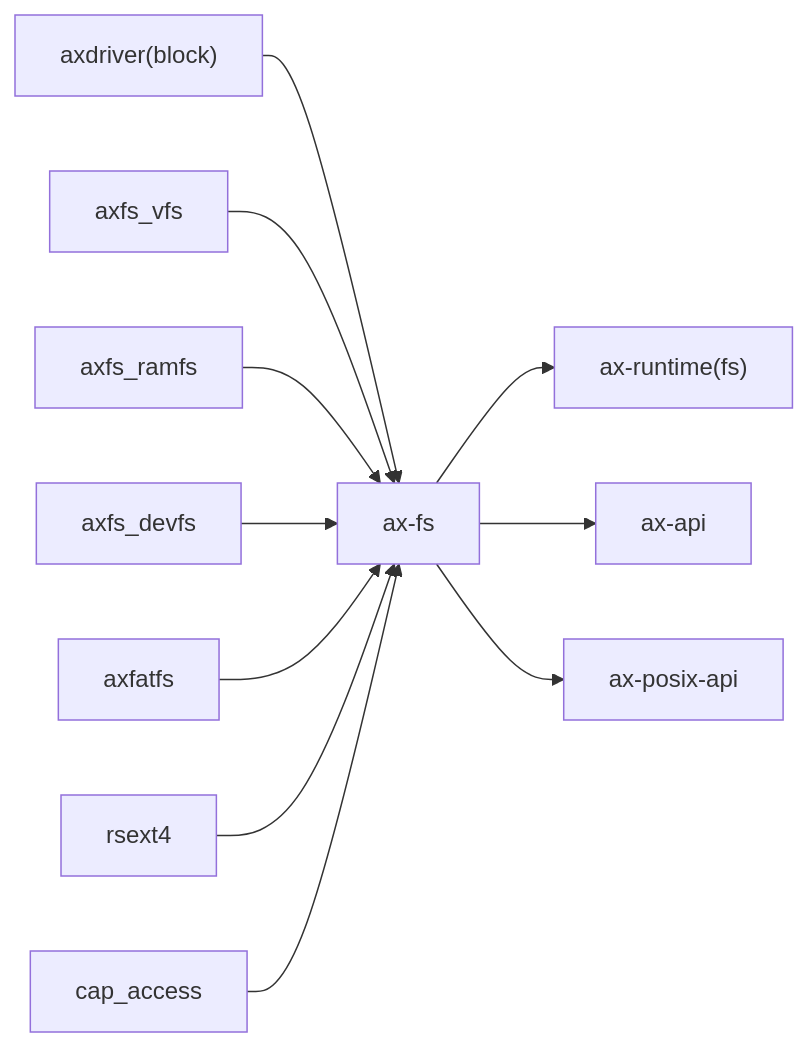
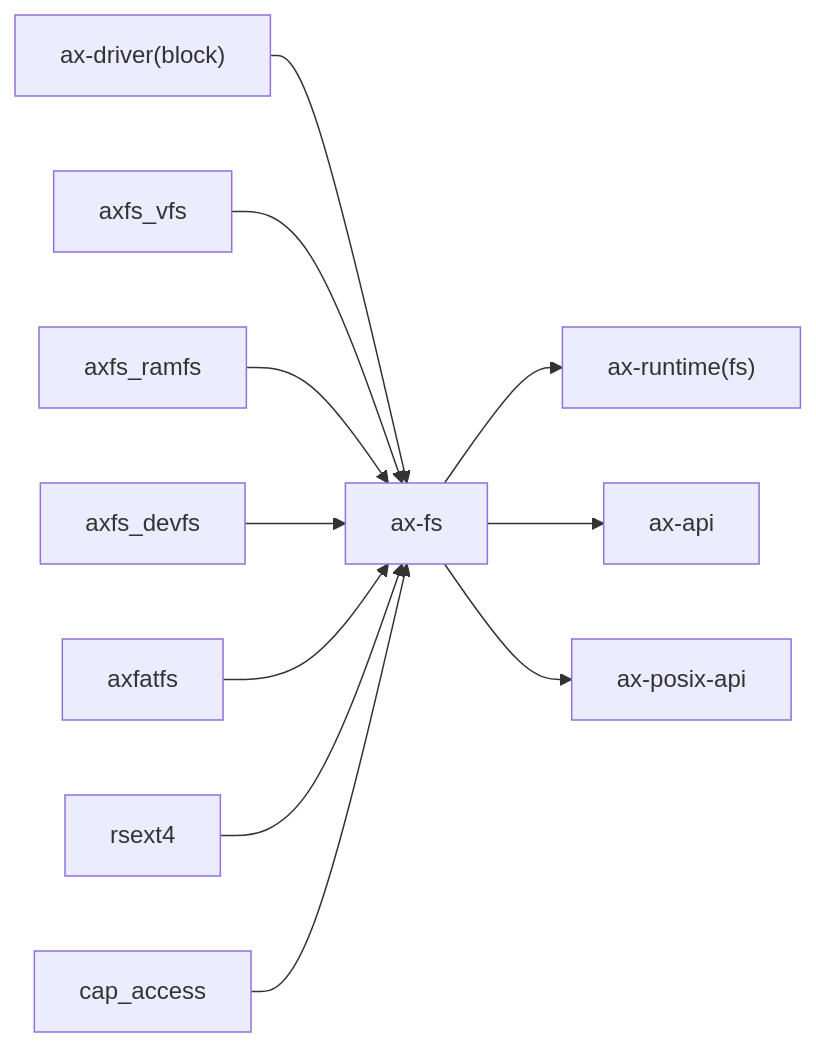
Before and after one commit to zKurisu/tgoskits: the second of 2 diagrams in docs/crates/ax-fs.md, drawn with Mermaid. The commit also changed other lines of this file and 73 other files, not shown here.

Commit message:
rename axdriver to ax-driver

````diff
--- a/docs/crates/ax-fs.md
+++ b/docs/crates/ax-fs.md
@@ -100,14 +100,14 @@
 ```mermaid
 graph LR
-    axdriver["axdriver(block)"] --> current["ax-fs"]
+    ax-driver["ax-driver(block)"] --> current["ax-fs"]
     axfs_vfs["axfs_vfs"] --> current
     axfs_ramfs["axfs_ramfs"] --> current
     axfs_devfs["axfs_devfs"] --> current
     axfatfs["axfatfs"] --> current
     rsext4["rsext4"] --> current
     cap_access["cap_access"] --> current
 
     current --> ax-runtime["ax-runtime(fs)"]
     current --> ax-api["ax-api"]
     current --> ax-posix-api["ax-posix-api"]
 ```
````
